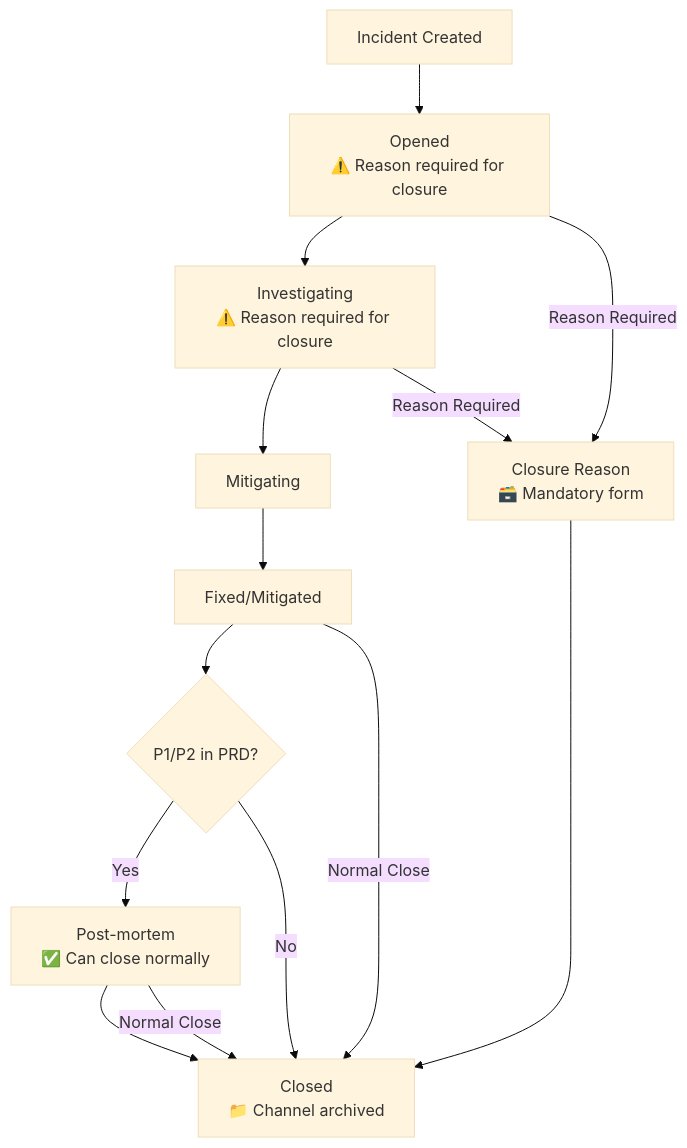
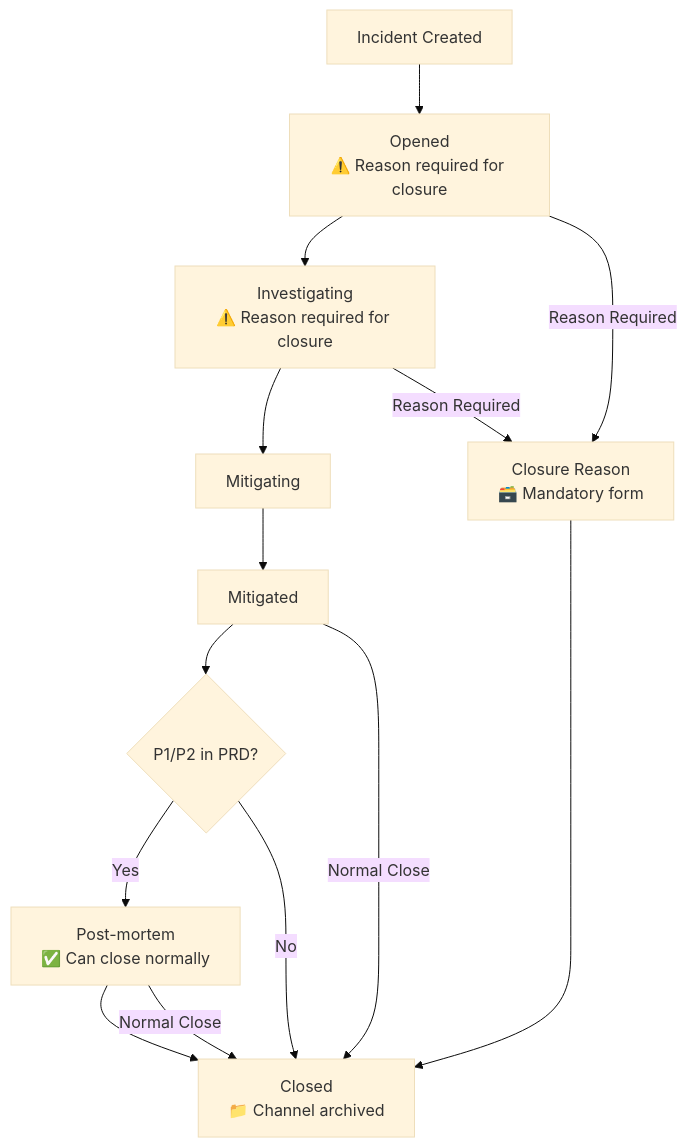
The diagram in docs/architecture/incident-closure-workflow.md (ManoManoTech/firefighter-incident), drawn with Mermaid (base theme) before and after one commit. The commit also changed other lines of this file and 17 other files, not shown here.

````diff
--- a/docs/architecture/incident-closure-workflow.md
+++ b/docs/architecture/incident-closure-workflow.md
@@ -17,33 +17,33 @@
 ```mermaid
 graph TD
     A[Incident Created] --> B[Opened]
     B --> C[Investigating]
     C --> D[Mitigating]
-    D --> E[Fixed]
+    D --> E[Mitigated]
 
     %% P1/P2 PRD Path (Post-mortem Required)
     E --> F{P1/P2 in PRD?}
     F -->|Yes| G[Post-mortem]
     G --> H[Closed]
 
     %% P3+ Path (No Post-mortem Required)
     F -->|No| H
 
     %% Closure with Reason (Any Priority)
     B -->|Reason Required| I[Closure Reason Form]
     C -->|Reason Required| I
     I --> H
 
     %% Normal Workflow Closure
     E -->|Normal Close| H
     G -->|Normal Close| H
 
     %% Status Labels
     B[Opened<br/>⚠️ Reason required for closure]
     C[Investigating<br/>⚠️ Reason required for closure]
     D[Mitigating]
-    E[Fixed/Mitigated]
+    E[Mitigated]
     G[Post-mortem<br/>✅ Can close normally]
     H[Closed<br/>📁 Channel archived]
     I[Closure Reason<br/>🗃️ Mandatory form]
 ```
````
